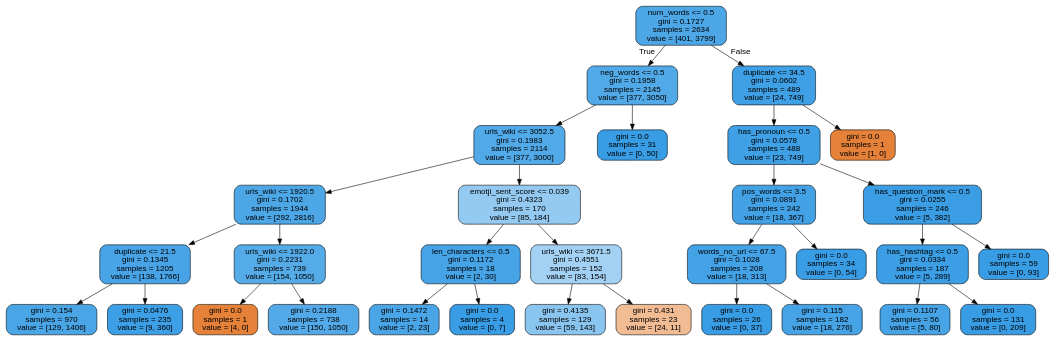
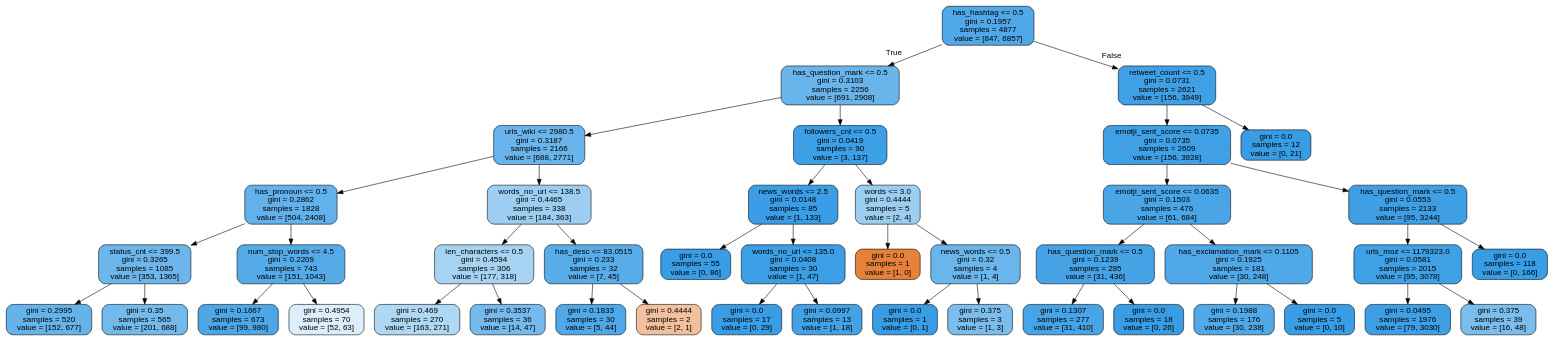
Before and after one commit to burningskies42/Twitter_Analytics: the diagram in Python/twitter_filter/trees/dtree3.dot, drawn with Graphviz. The commit also changed 78 other files, not shown here.

```diff
--- a/Python/twitter_filter/trees/dtree3.dot
+++ b/Python/twitter_filter/trees/dtree3.dot
@@ -1,65 +1,89 @@
 digraph Tree {
 node [shape=box, style="filled, rounded", color="black", fontname=helvetica] ;
 edge [fontname=helvetica] ;
-0 [label="num_words <= 0.5\ngini = 0.1727\nsamples = 2634\nvalue = [401, 3799]", fillcolor="#399de5e4"] ;
-1 [label="neg_words <= 0.5\ngini = 0.1958\nsamples = 2145\nvalue = [377, 3050]", fillcolor="#399de5df"] ;
+0 [label="has_hashtag <= 0.5\ngini = 0.1957\nsamples = 4877\nvalue = [847, 6857]", fillcolor="#399de5e0"] ;
+1 [label="has_question_mark <= 0.5\ngini = 0.3103\nsamples = 2256\nvalue = [691, 2908]", fillcolor="#399de5c2"] ;
 0 -> 1 [labeldistance=2.5, labelangle=45, headlabel="True"] ;
-2 [label="urls_wiki <= 3052.5\ngini = 0.1983\nsamples = 2114\nvalue = [377, 3000]", fillcolor="#399de5df"] ;
+2 [label="urls_wiki <= 2980.5\ngini = 0.3187\nsamples = 2166\nvalue = [688, 2771]", fillcolor="#399de5c0"] ;
 1 -> 2 ;
-3 [label="urls_wiki <= 1920.5\ngini = 0.1702\nsamples = 1944\nvalue = [292, 2816]", fillcolor="#399de5e5"] ;
+3 [label="has_pronoun <= 0.5\ngini = 0.2862\nsamples = 1828\nvalue = [504, 2408]", fillcolor="#399de5ca"] ;
 2 -> 3 ;
-4 [label="duplicate <= 21.5\ngini = 0.1345\nsamples = 1205\nvalue = [138, 1766]", fillcolor="#399de5eb"] ;
+4 [label="status_cnt <= 399.5\ngini = 0.3265\nsamples = 1085\nvalue = [353, 1365]", fillcolor="#399de5bd"] ;
 3 -> 4 ;
-5 [label="gini = 0.154\nsamples = 970\nvalue = [129, 1406]", fillcolor="#399de5e8"] ;
+5 [label="gini = 0.2995\nsamples = 520\nvalue = [152, 677]", fillcolor="#399de5c6"] ;
 4 -> 5 ;
-6 [label="gini = 0.0476\nsamples = 235\nvalue = [9, 360]", fillcolor="#399de5f9"] ;
+6 [label="gini = 0.35\nsamples = 565\nvalue = [201, 688]", fillcolor="#399de5b5"] ;
 4 -> 6 ;
-7 [label="urls_wiki <= 1922.0\ngini = 0.2231\nsamples = 739\nvalue = [154, 1050]", fillcolor="#399de5da"] ;
+7 [label="num_stop_words <= 4.5\ngini = 0.2209\nsamples = 743\nvalue = [151, 1043]", fillcolor="#399de5da"] ;
 3 -> 7 ;
-8 [label="gini = 0.0\nsamples = 1\nvalue = [4, 0]", fillcolor="#e58139ff"] ;
+8 [label="gini = 0.1667\nsamples = 673\nvalue = [99, 980]", fillcolor="#399de5e5"] ;
 7 -> 8 ;
-9 [label="gini = 0.2188\nsamples = 738\nvalue = [150, 1050]", fillcolor="#399de5db"] ;
+9 [label="gini = 0.4954\nsamples = 70\nvalue = [52, 63]", fillcolor="#399de52d"] ;
 7 -> 9 ;
-10 [label="emotji_sent_score <= 0.039\ngini = 0.4323\nsamples = 170\nvalue = [85, 184]", fillcolor="#399de589"] ;
+10 [label="words_no_url <= 138.5\ngini = 0.4465\nsamples = 338\nvalue = [184, 363]", fillcolor="#399de57e"] ;
 2 -> 10 ;
-11 [label="len_characters <= 0.5\ngini = 0.1172\nsamples = 18\nvalue = [2, 30]", fillcolor="#399de5ee"] ;
+11 [label="len_characters <= 0.5\ngini = 0.4594\nsamples = 306\nvalue = [177, 318]", fillcolor="#399de571"] ;
 10 -> 11 ;
-12 [label="gini = 0.1472\nsamples = 14\nvalue = [2, 23]", fillcolor="#399de5e9"] ;
+12 [label="gini = 0.469\nsamples = 270\nvalue = [163, 271]", fillcolor="#399de566"] ;
 11 -> 12 ;
-13 [label="gini = 0.0\nsamples = 4\nvalue = [0, 7]", fillcolor="#399de5ff"] ;
+13 [label="gini = 0.3537\nsamples = 36\nvalue = [14, 47]", fillcolor="#399de5b3"] ;
 11 -> 13 ;
-14 [label="urls_wiki <= 3671.5\ngini = 0.4551\nsamples = 152\nvalue = [83, 154]", fillcolor="#399de576"] ;
+14 [label="has_desc <= 83.0515\ngini = 0.233\nsamples = 32\nvalue = [7, 45]", fillcolor="#399de5d7"] ;
 10 -> 14 ;
-15 [label="gini = 0.4135\nsamples = 129\nvalue = [59, 143]", fillcolor="#399de596"] ;
+15 [label="gini = 0.1833\nsamples = 30\nvalue = [5, 44]", fillcolor="#399de5e2"] ;
 14 -> 15 ;
-16 [label="gini = 0.431\nsamples = 23\nvalue = [24, 11]", fillcolor="#e581398a"] ;
+16 [label="gini = 0.4444\nsamples = 2\nvalue = [2, 1]", fillcolor="#e581397f"] ;
 14 -> 16 ;
-17 [label="gini = 0.0\nsamples = 31\nvalue = [0, 50]", fillcolor="#399de5ff"] ;
+17 [label="followers_cnt <= 0.5\ngini = 0.0419\nsamples = 90\nvalue = [3, 137]", fillcolor="#399de5f9"] ;
 1 -> 17 ;
-18 [label="duplicate <= 34.5\ngini = 0.0602\nsamples = 489\nvalue = [24, 749]", fillcolor="#399de5f7"] ;
-0 -> 18 [labeldistance=2.5, labelangle=-45, headlabel="False"] ;
-19 [label="has_pronoun <= 0.5\ngini = 0.0578\nsamples = 488\nvalue = [23, 749]", fillcolor="#399de5f7"] ;
+18 [label="news_words <= 2.5\ngini = 0.0148\nsamples = 85\nvalue = [1, 133]", fillcolor="#399de5fd"] ;
+17 -> 18 ;
+19 [label="gini = 0.0\nsamples = 55\nvalue = [0, 86]", fillcolor="#399de5ff"] ;
 18 -> 19 ;
-20 [label="pos_words <= 3.5\ngini = 0.0891\nsamples = 242\nvalue = [18, 367]", fillcolor="#399de5f2"] ;
-19 -> 20 ;
-21 [label="words_no_url <= 67.5\ngini = 0.1028\nsamples = 208\nvalue = [18, 313]", fillcolor="#399de5f0"] ;
+20 [label="words_no_url <= 135.0\ngini = 0.0408\nsamples = 30\nvalue = [1, 47]", fillcolor="#399de5fa"] ;
+18 -> 20 ;
+21 [label="gini = 0.0\nsamples = 17\nvalue = [0, 29]", fillcolor="#399de5ff"] ;
 20 -> 21 ;
-22 [label="gini = 0.0\nsamples = 26\nvalue = [0, 37]", fillcolor="#399de5ff"] ;
-21 -> 22 ;
-23 [label="gini = 0.115\nsamples = 182\nvalue = [18, 276]", fillcolor="#399de5ee"] ;
-21 -> 23 ;
-24 [label="gini = 0.0\nsamples = 34\nvalue = [0, 54]", fillcolor="#399de5ff"] ;
-20 -> 24 ;
-25 [label="has_question_mark <= 0.5\ngini = 0.0255\nsamples = 246\nvalue = [5, 382]", fillcolor="#399de5fc"] ;
-19 -> 25 ;
-26 [label="has_hashtag <= 0.5\ngini = 0.0334\nsamples = 187\nvalue = [5, 289]", fillcolor="#399de5fb"] ;
+22 [label="gini = 0.0997\nsamples = 13\nvalue = [1, 18]", fillcolor="#399de5f1"] ;
+20 -> 22 ;
+23 [label="words <= 3.0\ngini = 0.4444\nsamples = 5\nvalue = [2, 4]", fillcolor="#399de57f"] ;
+17 -> 23 ;
+24 [label="gini = 0.0\nsamples = 1\nvalue = [1, 0]", fillcolor="#e58139ff"] ;
+23 -> 24 ;
+25 [label="news_words <= 0.5\ngini = 0.32\nsamples = 4\nvalue = [1, 4]", fillcolor="#399de5bf"] ;
+23 -> 25 ;
+26 [label="gini = 0.0\nsamples = 1\nvalue = [0, 1]", fillcolor="#399de5ff"] ;
 25 -> 26 ;
-27 [label="gini = 0.1107\nsamples = 56\nvalue = [5, 80]", fillcolor="#399de5ef"] ;
-26 -> 27 ;
-28 [label="gini = 0.0\nsamples = 131\nvalue = [0, 209]", fillcolor="#399de5ff"] ;
-26 -> 28 ;
-29 [label="gini = 0.0\nsamples = 59\nvalue = [0, 93]", fillcolor="#399de5ff"] ;
-25 -> 29 ;
-30 [label="gini = 0.0\nsamples = 1\nvalue = [1, 0]", fillcolor="#e58139ff"] ;
-18 -> 30 ;
+27 [label="gini = 0.375\nsamples = 3\nvalue = [1, 3]", fillcolor="#399de5aa"] ;
+25 -> 27 ;
+28 [label="retweet_count <= 0.5\ngini = 0.0731\nsamples = 2621\nvalue = [156, 3949]", fillcolor="#399de5f5"] ;
+0 -> 28 [labeldistance=2.5, labelangle=-45, headlabel="False"] ;
+29 [label="emotji_sent_score <= 0.0735\ngini = 0.0735\nsamples = 2609\nvalue = [156, 3928]", fillcolor="#399de5f5"] ;
+28 -> 29 ;
+30 [label="emotji_sent_score <= 0.0635\ngini = 0.1503\nsamples = 476\nvalue = [61, 684]", fillcolor="#399de5e8"] ;
+29 -> 30 ;
+31 [label="has_question_mark <= 0.5\ngini = 0.1239\nsamples = 295\nvalue = [31, 436]", fillcolor="#399de5ed"] ;
+30 -> 31 ;
+32 [label="gini = 0.1307\nsamples = 277\nvalue = [31, 410]", fillcolor="#399de5ec"] ;
+31 -> 32 ;
+33 [label="gini = 0.0\nsamples = 18\nvalue = [0, 26]", fillcolor="#399de5ff"] ;
+31 -> 33 ;
+34 [label="has_exclamation_mark <= 0.1105\ngini = 0.1925\nsamples = 181\nvalue = [30, 248]", fillcolor="#399de5e0"] ;
+30 -> 34 ;
+35 [label="gini = 0.1988\nsamples = 176\nvalue = [30, 238]", fillcolor="#399de5df"] ;
+34 -> 35 ;
+36 [label="gini = 0.0\nsamples = 5\nvalue = [0, 10]", fillcolor="#399de5ff"] ;
+34 -> 36 ;
+37 [label="has_question_mark <= 0.5\ngini = 0.0553\nsamples = 2133\nvalue = [95, 3244]", fillcolor="#399de5f8"] ;
+29 -> 37 ;
+38 [label="urls_moz <= 1179323.0\ngini = 0.0581\nsamples = 2015\nvalue = [95, 3078]", fillcolor="#399de5f7"] ;
+37 -> 38 ;
+39 [label="gini = 0.0495\nsamples = 1976\nvalue = [79, 3030]", fillcolor="#399de5f8"] ;
+38 -> 39 ;
+40 [label="gini = 0.375\nsamples = 39\nvalue = [16, 48]", fillcolor="#399de5aa"] ;
+38 -> 40 ;
+41 [label="gini = 0.0\nsamples = 118\nvalue = [0, 166]", fillcolor="#399de5ff"] ;
+37 -> 41 ;
+42 [label="gini = 0.0\nsamples = 12\nvalue = [0, 21]", fillcolor="#399de5ff"] ;
+28 -> 42 ;
 }
```
